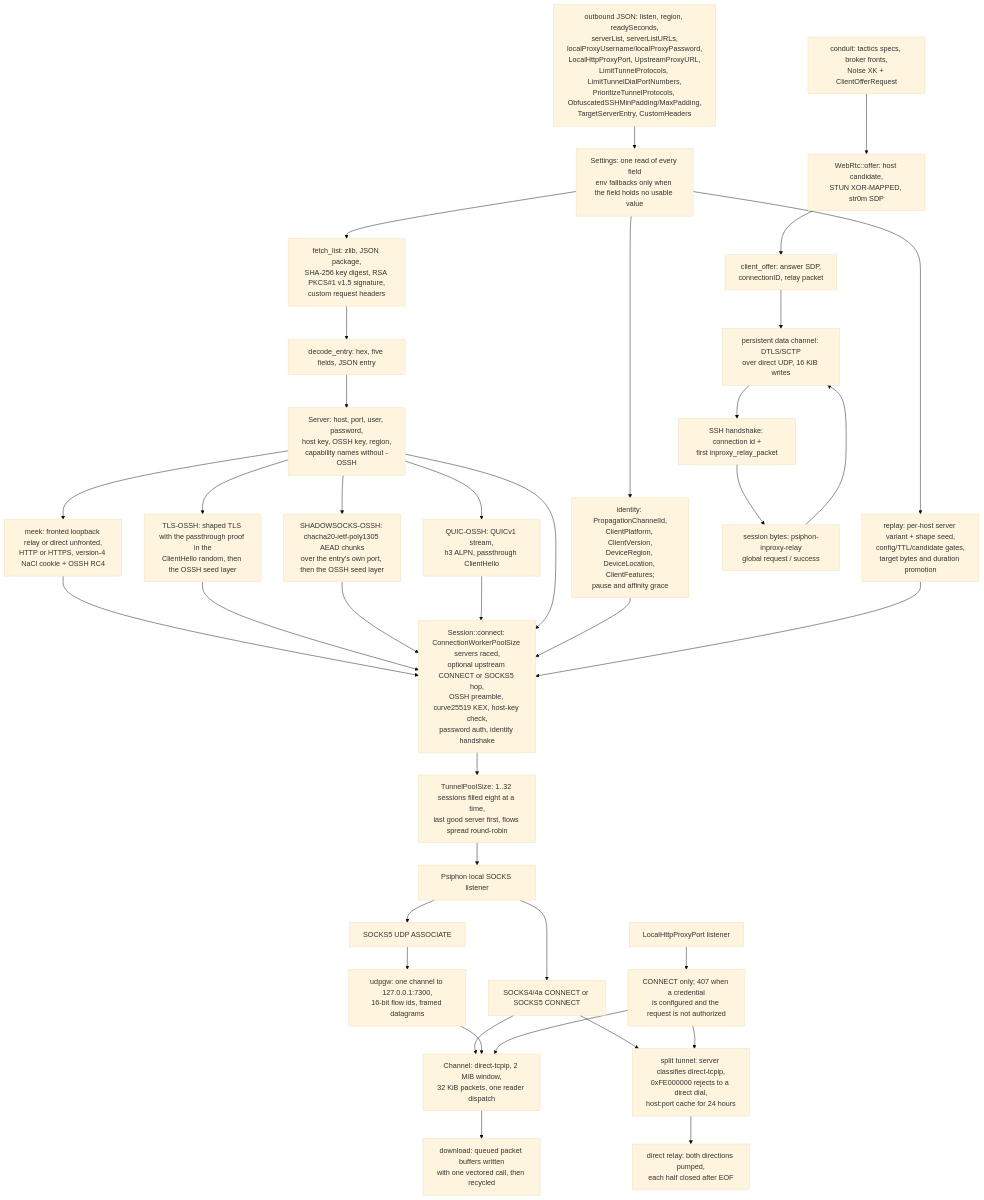
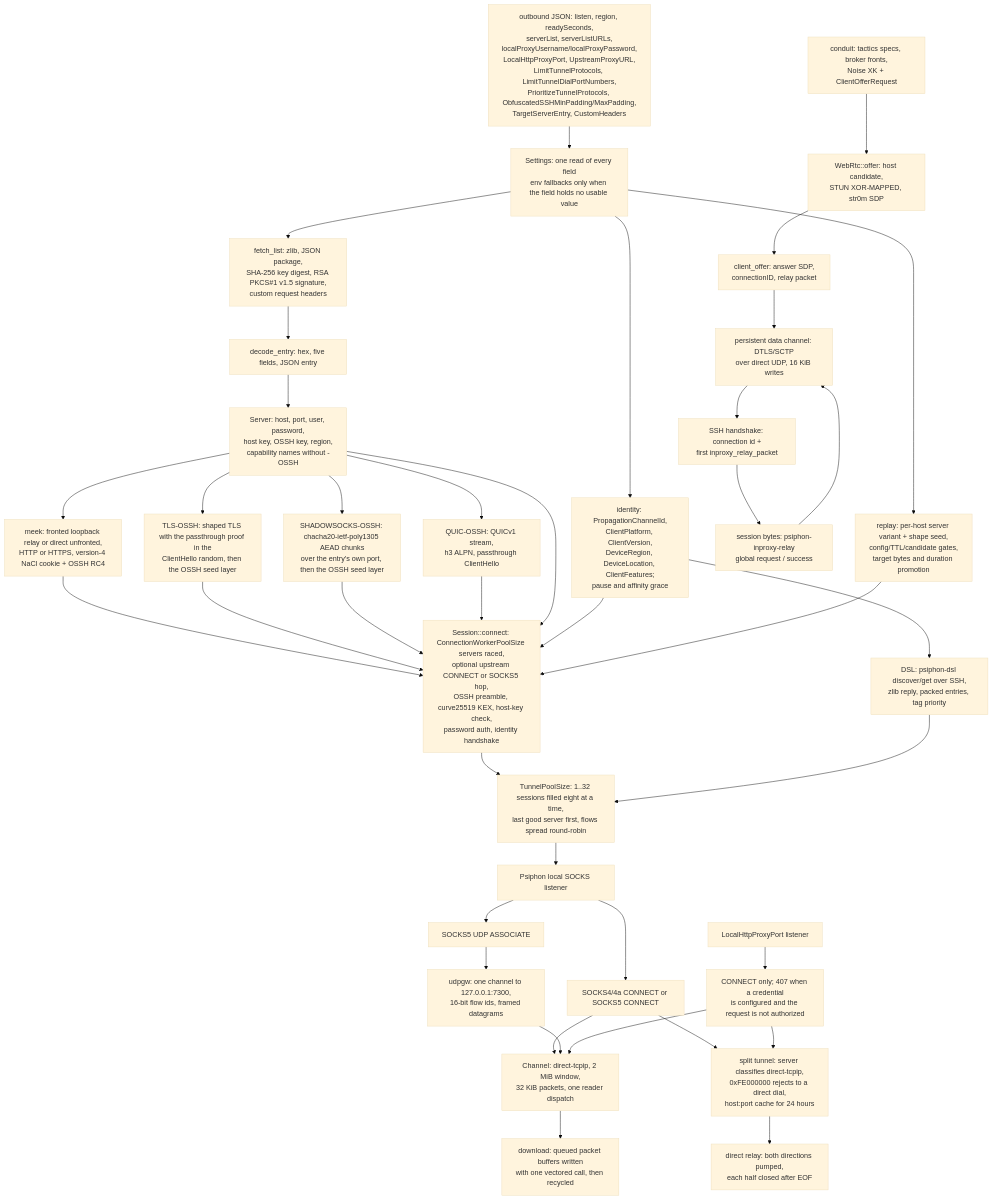
Before and after one commit to Ferrocite/ferrox: the diagram in docs/function/carrier-psiphon.md, drawn with Mermaid (base theme). The commit also changed other lines of this file and 7 other files, not shown here.

````diff
--- a/docs/function/carrier-psiphon.md
+++ b/docs/function/carrier-psiphon.md
@@ -13,39 +13,41 @@
 ```mermaid
 graph TD
     A["outbound JSON: listen, region, readySeconds,<br/>serverList, serverListURLs,<br/>localProxyUsername/localProxyPassword,<br/>LocalHttpProxyPort, UpstreamProxyURL,<br/>LimitTunnelProtocols, LimitTunnelDialPortNumbers,<br/>PrioritizeTunnelProtocols, ObfuscatedSSHMinPadding/MaxPadding,<br/>TargetServerEntry, CustomHeaders"] --> B["Settings: one read of every field<br/>env fallbacks only when the field holds no usable value"]
     B --> C["fetch_list: zlib, JSON package,<br/>SHA-256 key digest, RSA PKCS#1 v1.5 signature,<br/>custom request headers"]
     B --> B2["identity: PropagationChannelId,<br/>ClientPlatform, ClientVersion,<br/>DeviceRegion, DeviceLocation, ClientFeatures;<br/>pause and affinity grace"]
     B --> B3["replay: per-host server variant + shape seed,<br/>config/TTL/candidate gates,<br/>target bytes and duration promotion"]
     C --> D["decode_entry: hex, five fields, JSON entry"]
     D --> E["Server: host, port, user, password,<br/>host key, OSSH key, region,<br/>capability names without -OSSH"]
     E --> E2["meek: fronted loopback relay or direct unfronted,<br/>HTTP or HTTPS, version-4 NaCl cookie + OSSH RC4"]
     E --> E3["TLS-OSSH: shaped TLS with the passthrough proof in the<br/>ClientHello random, then the OSSH seed layer"]
     E --> E4["SHADOWSOCKS-OSSH: chacha20-ietf-poly1305 AEAD chunks<br/>over the entry's own port, then the OSSH seed layer"]
     E2 --> F
     E3 --> F
     E4 --> F
     E --> E5["QUIC-OSSH: QUICv1 stream,<br/>h3 ALPN, passthrough ClientHello"]
     E5 --> F
     E --> F["Session::connect: ConnectionWorkerPoolSize servers raced,<br/>optional upstream CONNECT or SOCKS5 hop,<br/>OSSH preamble, curve25519 KEX, host-key check,<br/>password auth, identity handshake"]
     B2 --> F
     B3 --> F
     F --> P["TunnelPoolSize: 1..32 sessions filled eight at a time,<br/>last good server first, flows spread round-robin"]
+    B2 --> D2["DSL: psiphon-dsl discover/get over SSH,<br/>zlib reply, packed entries, tag priority"]
+    D2 --> P
     P --> G["Psiphon local SOCKS listener"]
     G --> H["SOCKS4/4a CONNECT or SOCKS5 CONNECT"]
     H --> I["Channel: direct-tcpip, 2 MiB window,<br/>32 KiB packets, one reader dispatch"]
     H --> I2["split tunnel: server classifies direct-tcpip,<br/>0xFE000000 rejects to a direct dial,<br/>host:port cache for 24 hours"]
     I --> Z["download: queued packet buffers written<br/>with one vectored call, then recycled"]
     I2 --> Z2["direct relay: both directions pumped,<br/>each half closed after EOF"]
     G --> J["SOCKS5 UDP ASSOCIATE"]
     J --> K["udpgw: one channel to 127.0.0.1:7300,<br/>16-bit flow ids, framed datagrams"]
     K --> I
     L["LocalHttpProxyPort listener"] --> M["CONNECT only; 407 when a credential<br/>is configured and the request is not authorized"]
     M --> I
     M --> I2
     N["conduit: tactics specs, broker fronts,<br/>Noise XK + ClientOfferRequest"] --> O["WebRtc::offer: host candidate,<br/>STUN XOR-MAPPED, str0m SDP"]
     O --> Q["client_offer: answer SDP,<br/>connectionID, relay packet"]
     Q --> R["persistent data channel: DTLS/SCTP<br/>over direct UDP, 16 KiB writes"]
     R --> S["SSH handshake: connection id +<br/>first inproxy_relay_packet"]
     S --> T["session bytes: psiphon-inproxy-relay<br/>global request / success"]
     T --> R
 ```
````
